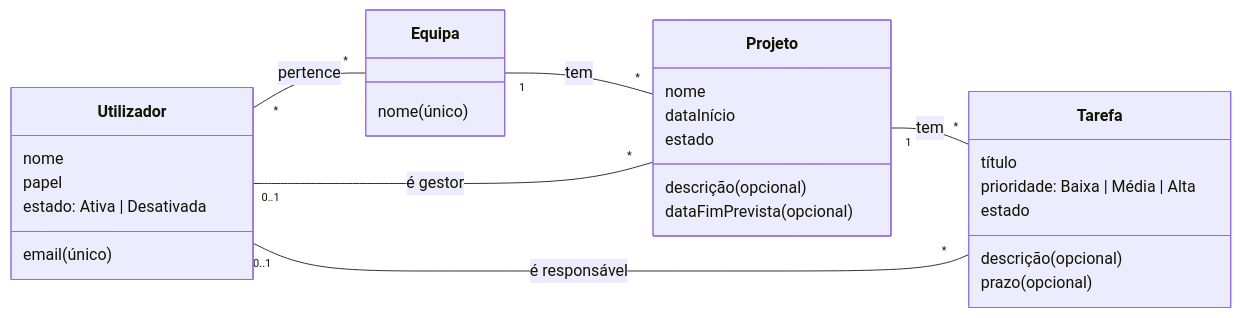
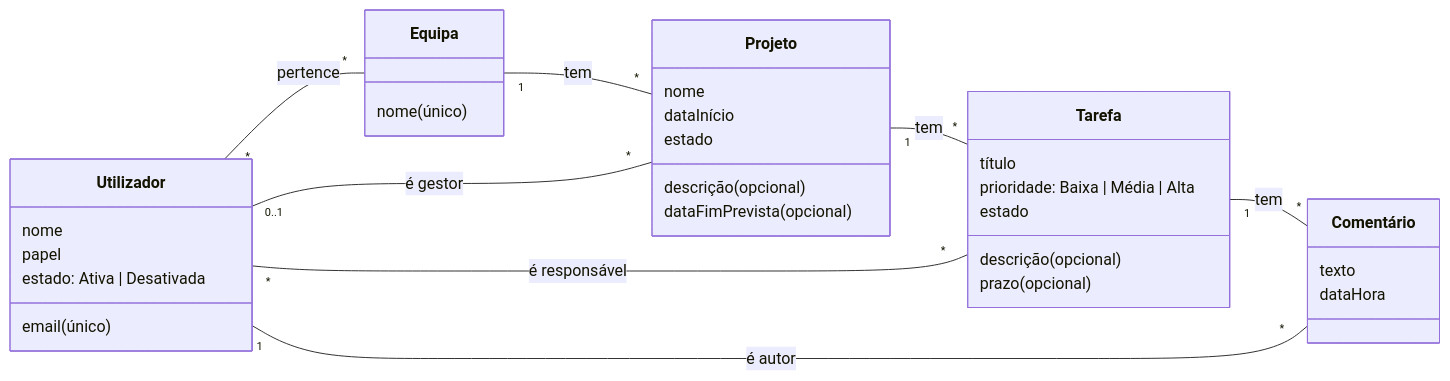
Before and after one commit to vapreace/ai-power-software-engineering-matrix: the first of 2 diagrams in docs/requirements.md, drawn with Mermaid. The commit also changed other lines of this file and 11 other files, not shown here.

````diff
--- a/docs/requirements.md
+++ b/docs/requirements.md
@@ -134,32 +138,38 @@
 ```mermaid
 classDiagram
     direction LR
     class Utilizador {
         nome
         email (único)
         papel
         estado: Ativa | Desativada
     }
     class Equipa {
         nome (único)
     }
     class Projeto {
         nome
         descrição (opcional)
         dataInício
         dataFimPrevista (opcional)
         estado
     }
     class Tarefa {
         título
         descrição (opcional)
         prazo (opcional)
         prioridade: Baixa | Média | Alta
         estado
     }
+    class Comentario["Comentário"] {
+        texto
+        dataHora
+    }
     Utilizador "*" -- "*" Equipa : pertence
     Equipa "1" -- "*" Projeto : tem
     Utilizador "0..1" -- "*" Projeto : é gestor
     Projeto "1" -- "*" Tarefa : tem
-    Utilizador "0..1" -- "*" Tarefa : é responsável
+    Utilizador "*" -- "*" Tarefa : é responsável
+    Tarefa "1" -- "*" Comentario : tem
+    Utilizador "1" -- "*" Comentario : é autor
 ```
````
